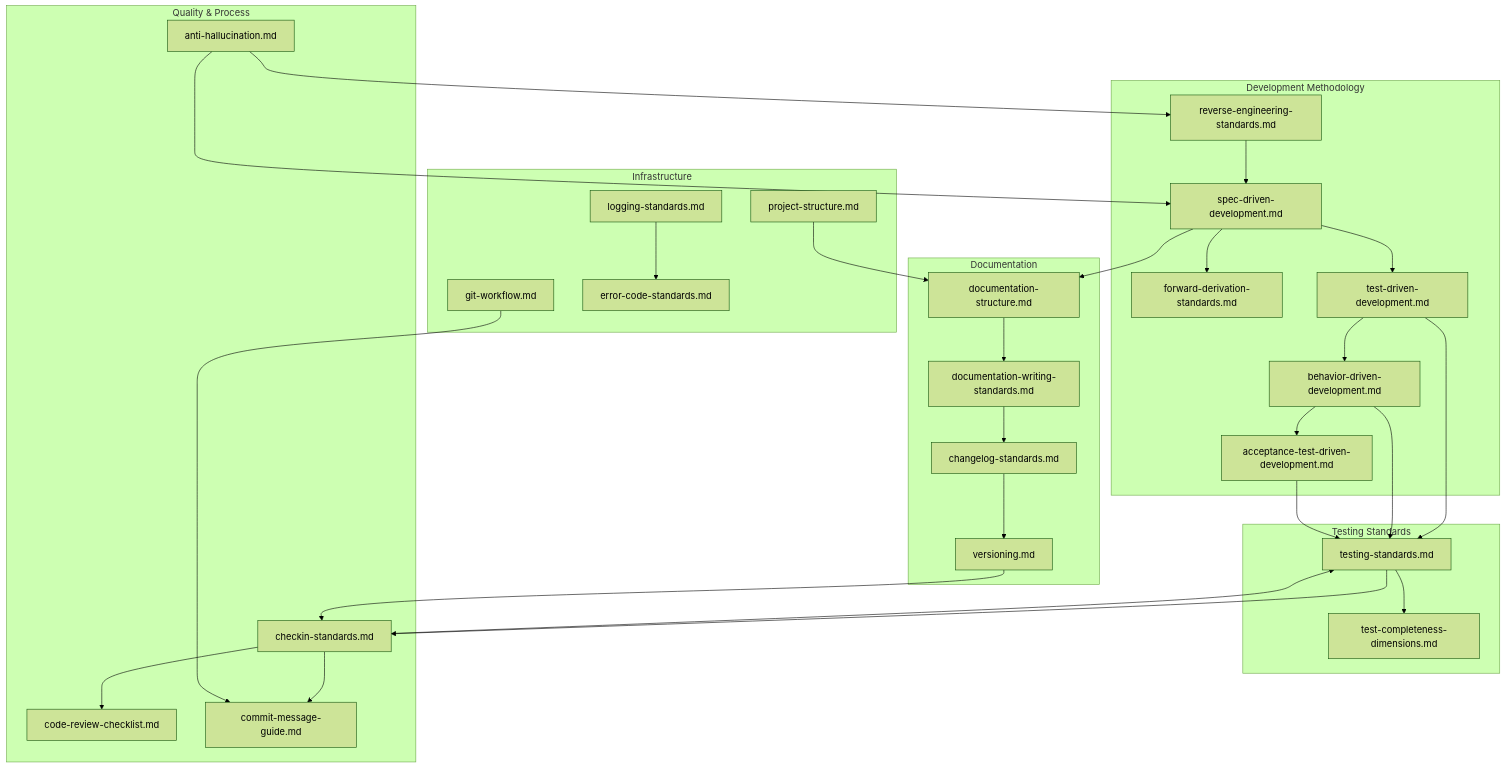
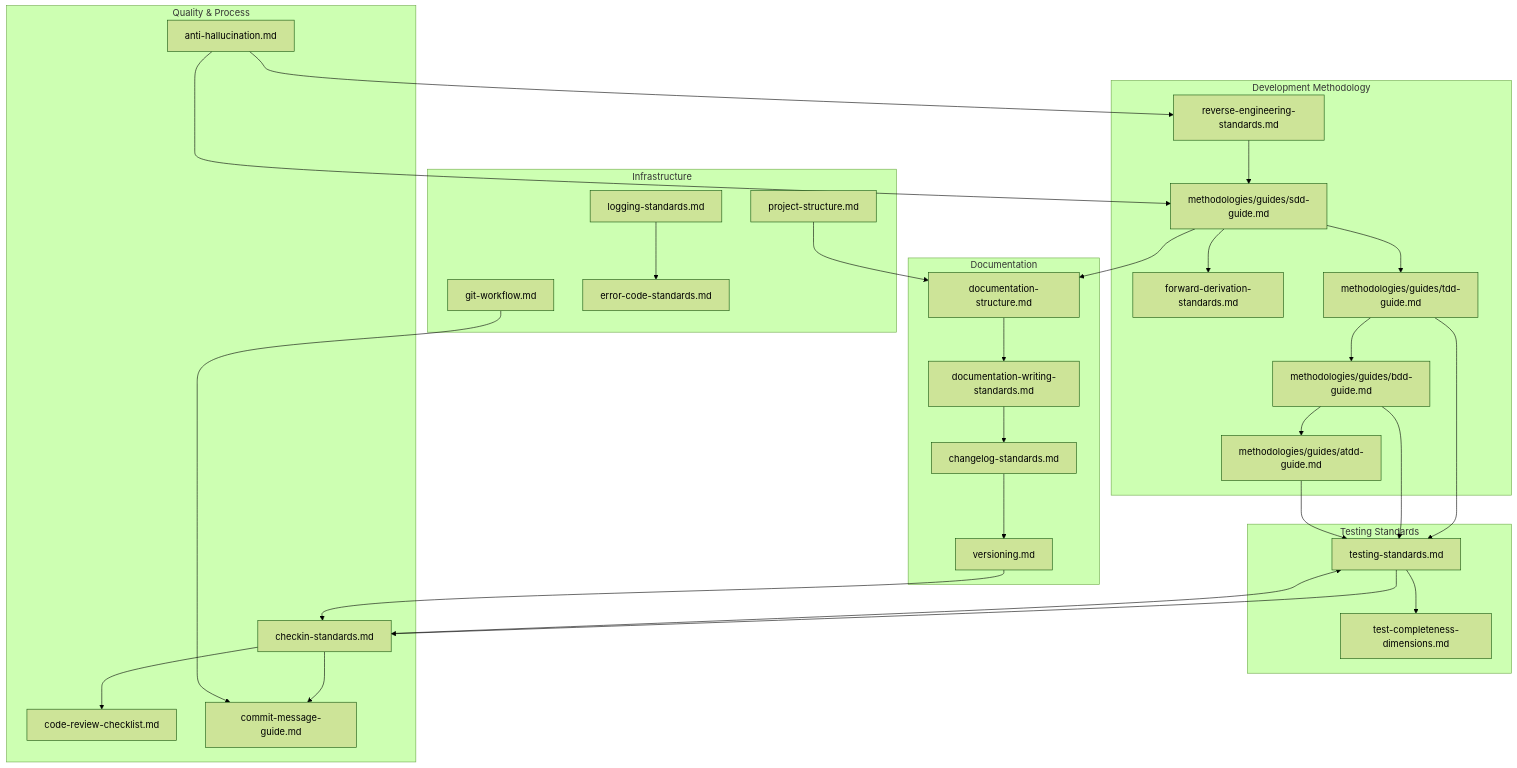
One commit to AsiaOstrich/universal-dev-standards changed the diagram in STANDARDS-MAPPING.md. Above: the diagram before and after it, drawn with Mermaid (forest theme). The commit also changed other lines of this file and 699 other files, not shown here.

First line of the commit message:
feat(core): implement V5 architecture with token optimization

````diff
--- a/STANDARDS-MAPPING.md
+++ b/STANDARDS-MAPPING.md
@@ -7,42 +7,42 @@
 ```mermaid
 graph TB
     subgraph "Development Methodology"
-        SDD[spec-driven-development.md] --> FD[forward-derivation-standards.md]
+        SDD[methodologies/guides/sdd-guide.md] --> FD[forward-derivation-standards.md]
         RE[reverse-engineering-standards.md] --> SDD
-        SDD --> TDD[test-driven-development.md]
-        TDD --> BDD[behavior-driven-development.md]
-        BDD --> ATDD[acceptance-test-driven-development.md]
+        SDD --> TDD[methodologies/guides/tdd-guide.md]
+        TDD --> BDD[methodologies/guides/bdd-guide.md]
+        BDD --> ATDD[methodologies/guides/atdd-guide.md]
     end
 
     subgraph "Testing Standards"
         TS[testing-standards.md] --> TCD[test-completeness-dimensions.md]
         TDD --> TS
         BDD --> TS
         ATDD --> TS
     end
 
     subgraph "Quality & Process"
         AH[anti-hallucination.md] --> SDD
         AH --> RE
         CS[checkin-standards.md] --> CRG[code-review-checklist.md]
         CS --> CMG[commit-message-guide.md]
         CS --> TS
     end
 
     subgraph "Documentation"
         DS[documentation-structure.md] --> DWS[documentation-writing-standards.md]
         DWS --> CL[changelog-standards.md]
         CL --> VER[versioning.md]
     end
 
     subgraph "Infrastructure"
         GW[git-workflow.md] --> CMG
         PS[project-structure.md] --> DS
         LS[logging-standards.md] --> ECS[error-code-standards.md]
     end
 
     %% Cross-group connections
     TS --> CS
     SDD --> DS
     VER --> CS
 ```
````
